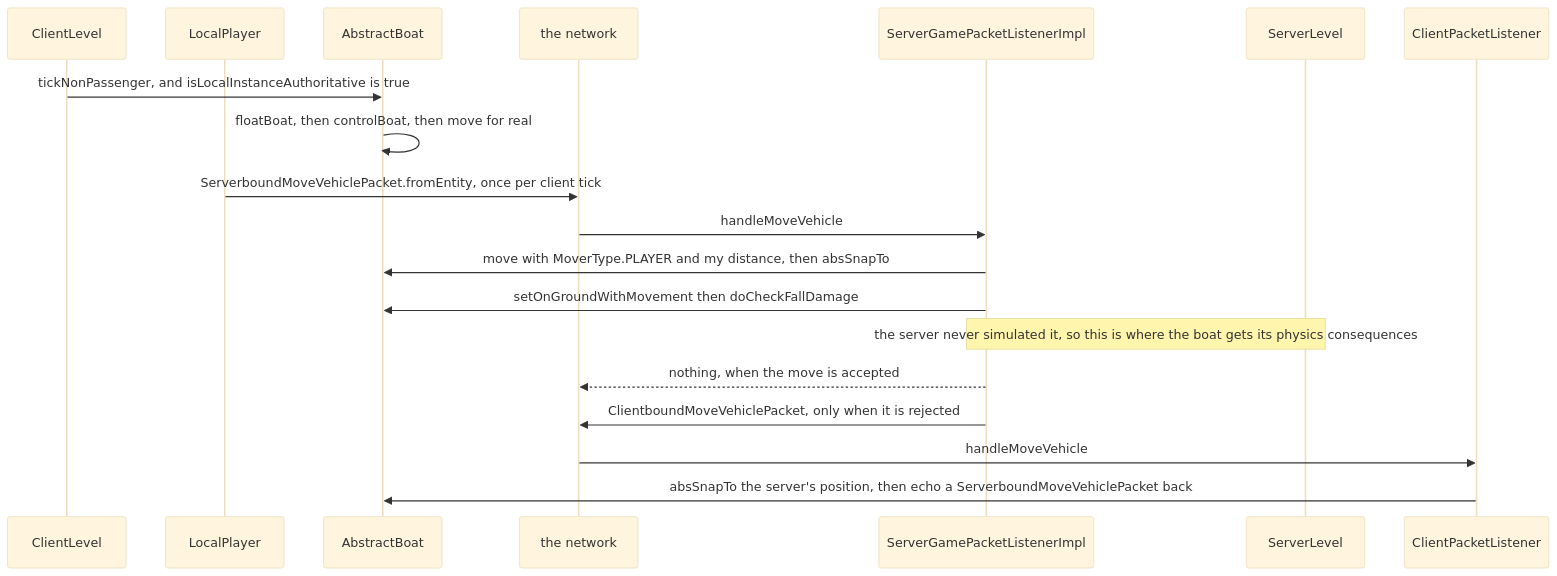
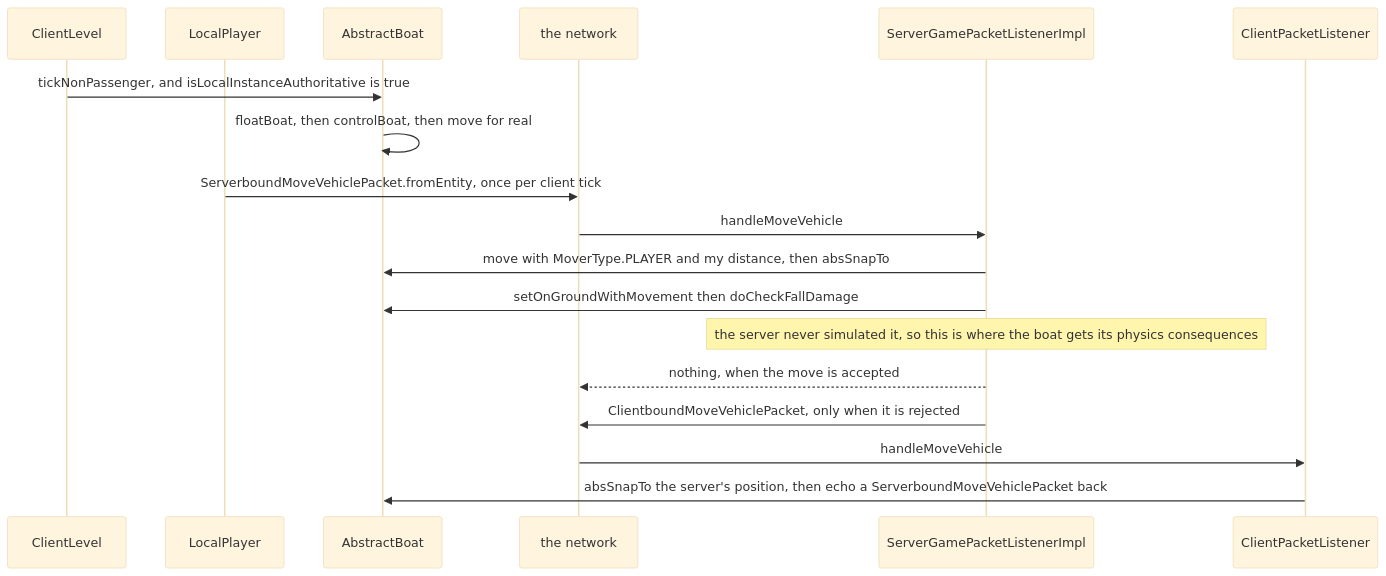
One commit to AlexanderjFraser/MinecraftDocs changed the second of 2 diagrams in src/systems/entities/authority.md. Above: the diagram before and after it, drawn with Mermaid (base theme). The commit also changed other lines of this file and 18 other files, not shown here.

````diff
--- a/src/systems/entities/authority.md
+++ b/src/systems/entities/authority.md
@@ -157,22 +174,21 @@
 ```mermaid
 sequenceDiagram
     participant CL as ClientLevel
     participant LP as LocalPlayer
     participant AB as AbstractBoat
     participant Wire as the network
     participant SGPL as ServerGamePacketListenerImpl
-    participant SL as ServerLevel
     participant CPL as ClientPacketListener
 
     CL->>AB: tickNonPassenger, and isLocalInstanceAuthoritative is true
     AB->>AB: floatBoat, then controlBoat, then move for real
     LP->>Wire: ServerboundMoveVehiclePacket.fromEntity, once per client tick
     Wire->>SGPL: handleMoveVehicle
     SGPL->>AB: move with MoverType.PLAYER and my distance, then absSnapTo
     SGPL->>AB: setOnGroundWithMovement then doCheckFallDamage
-    Note over SGPL,SL: the server never simulated it, so this is where the boat gets its physics consequences
+    Note over SGPL: the server never simulated it, so this is where the boat gets its physics consequences
     SGPL-->>Wire: nothing, when the move is accepted
     SGPL->>Wire: ClientboundMoveVehiclePacket, only when it is rejected
     Wire->>CPL: handleMoveVehicle
     CPL->>AB: absSnapTo the server's position, then echo a ServerboundMoveVehiclePacket back
 ```
````
